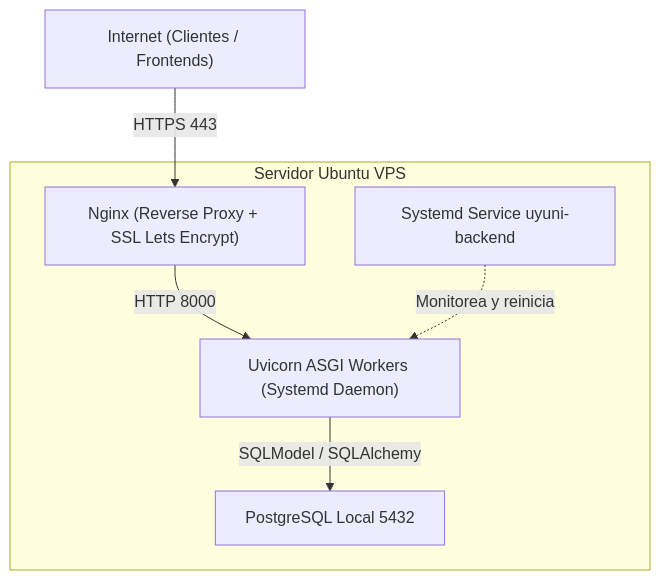
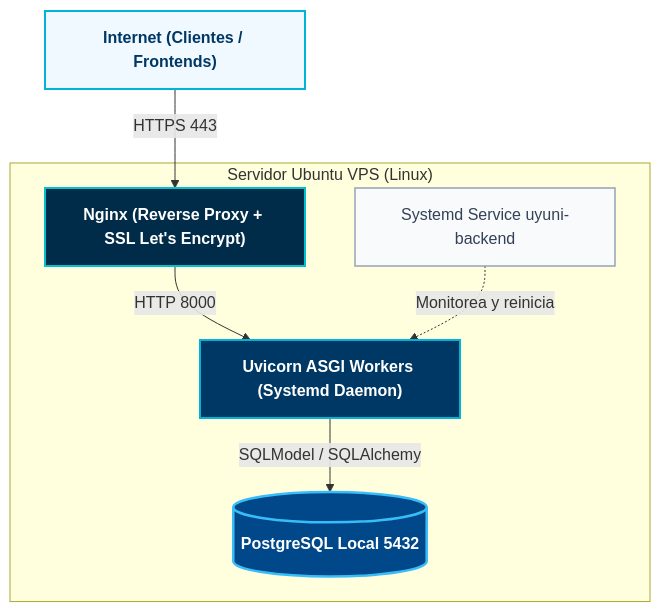
One commit to henrytaby/uyuni-backend-py changed the diagram in docs/UBUNTU_VPS_DEPLOYMENT_GUIDE.md. Above: the diagram before and after it, drawn with Mermaid. The commit also changed 2 other files, not shown here.

Commit message:
docs: update system and deployment architecture diagrams with corporate styling

````diff
--- a/docs/UBUNTU_VPS_DEPLOYMENT_GUIDE.md
+++ b/docs/UBUNTU_VPS_DEPLOYMENT_GUIDE.md
@@ -11,13 +11,25 @@
 ```mermaid
 flowchart TD
-    Internet["Internet (Clientes / Frontends)"] -->|HTTPS 443| Nginx["Nginx (Reverse Proxy + SSL Lets Encrypt)"]
+    Internet["Internet (Clientes / Frontends)"] -->|HTTPS 443| Nginx["Nginx (Reverse Proxy + SSL Let's Encrypt)"]
     Nginx -->|HTTP 8000| Uvicorn["Uvicorn ASGI Workers (Systemd Daemon)"]
-    Uvicorn -->|SQLModel / SQLAlchemy| Postgres["PostgreSQL Local 5432"]
+    Uvicorn -->|SQLModel / SQLAlchemy| Postgres[("PostgreSQL Local 5432")]
     
-    subgraph Host ["Servidor Ubuntu VPS"]
+    subgraph Host ["Servidor Ubuntu VPS (Linux)"]
         Nginx
         Uvicorn
         Postgres
         Systemd["Systemd Service uyuni-backend"] -.->|Monitorea y reinicia| Uvicorn
     end
+
+    classDef clientNode fill:#f0f9ff,stroke:#00b4d8,stroke-width:2px,color:#003865,font-weight:bold;
+    classDef proxyNode fill:#002b49,stroke:#00c2cb,stroke-width:2px,color:#ffffff,font-weight:bold;
+    classDef appNode fill:#003865,stroke:#00b4d8,stroke-width:2px,color:#ffffff,font-weight:bold;
+    classDef dbNode fill:#004889,stroke:#38bdf8,stroke-width:2.5px,color:#ffffff,font-weight:bold;
+    classDef sysNode fill:#f8fafc,stroke:#94a3b8,stroke-width:1.5px,color:#334155;
+
+    class Internet clientNode;
+    class Nginx proxyNode;
+    class Uvicorn appNode;
+    class Postgres dbNode;
+    class Systemd sysNode;
 ```
````
